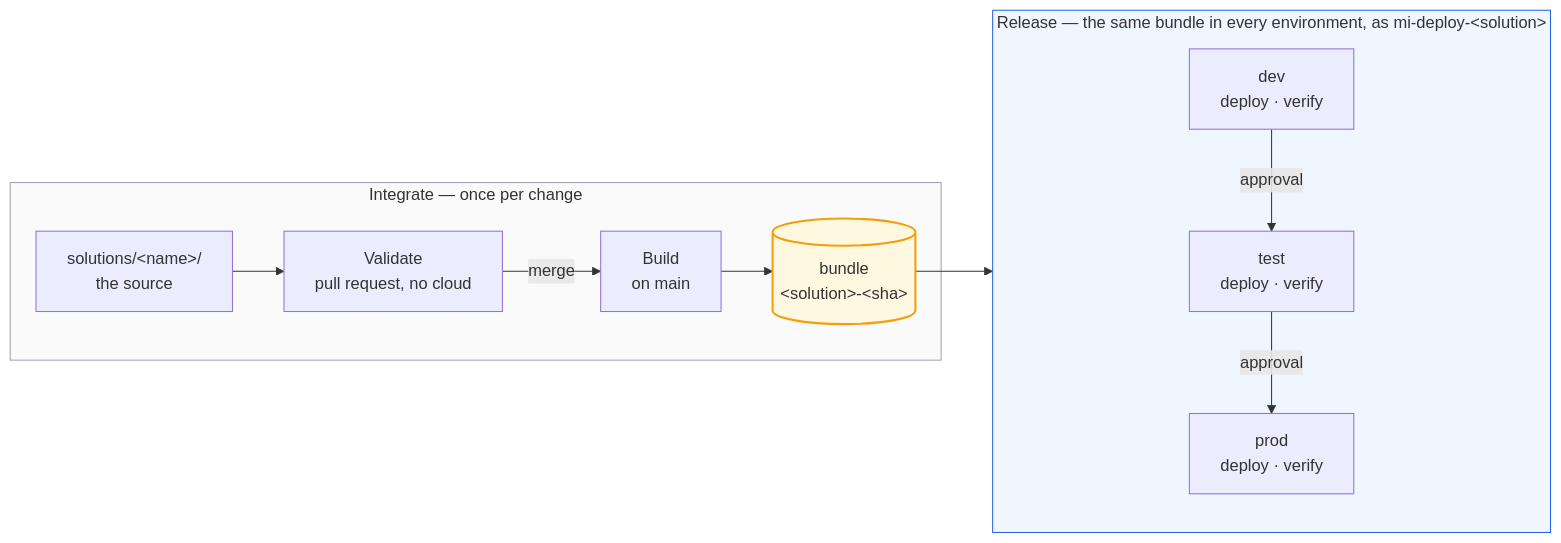
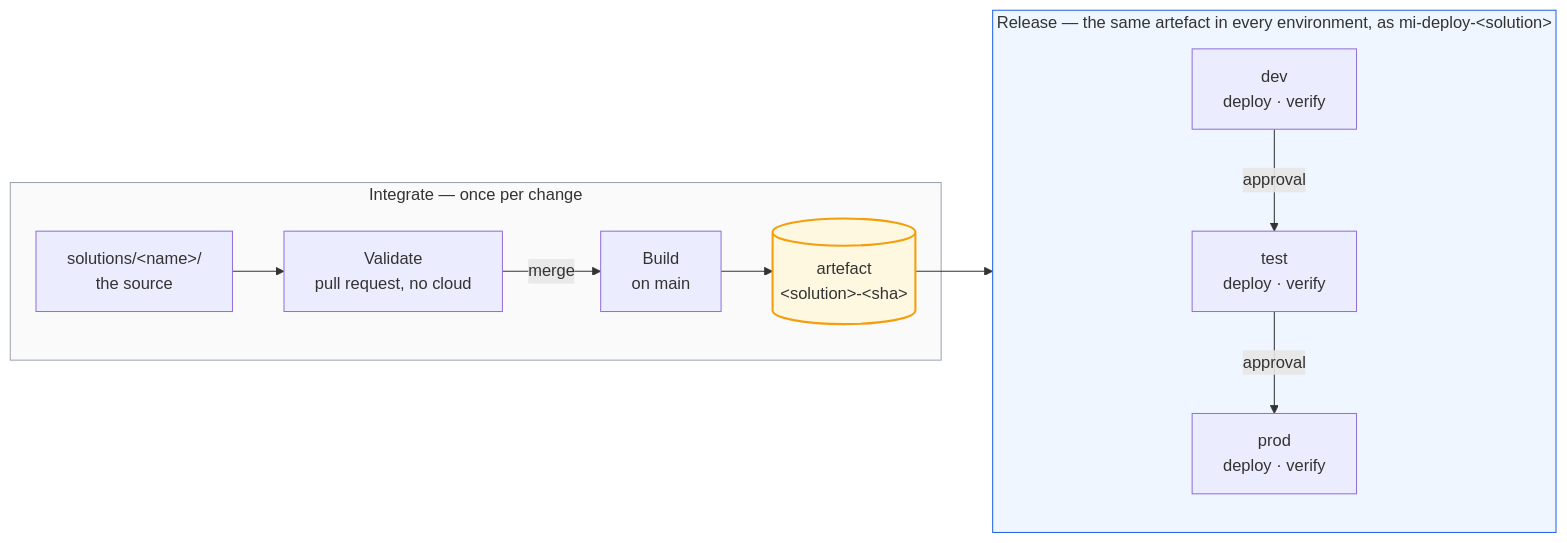
Before and after one commit to markadams31/fabric-dataops-blueprint: the diagram in docs/path-to-production.md, drawn with Mermaid. The commit also changed other lines of this file and 14 other files, not shown here.

````diff
--- a/docs/path-to-production.md
+++ b/docs/path-to-production.md
@@ -91,16 +91,16 @@
 ```mermaid
 flowchart LR
     subgraph CI ["Integrate — once per change"]
         SRC["solutions/#60;name#62;/<br/>the source"] --> V["Validate<br/>pull request, no cloud"]
         V -->|"merge"| BLD["Build<br/>on main"]
-        BLD --> BUN[("bundle<br/>#60;solution#62;-#60;sha#62;")]
+        BLD --> BUN[("artefact<br/>#60;solution#62;-#60;sha#62;")]
     end
-    subgraph CD ["Release — the same bundle in every environment, as mi-deploy-#60;solution#62;"]
+    subgraph CD ["Release — the same artefact in every environment, as mi-deploy-#60;solution#62;"]
         DEVE["dev<br/>deploy · verify"] -->|"approval"| TESTE["test<br/>deploy · verify"] -->|"approval"| PRODE["prod<br/>deploy · verify"]
     end
     BUN --> CD
     classDef gold fill:#fff8e1,stroke:#f59e0b,stroke-width:2px
     class BUN gold
     style CD fill:#eff6ff,stroke:#2563eb
     style CI fill:#fafafa,stroke:#9ca3af
 ```
````
